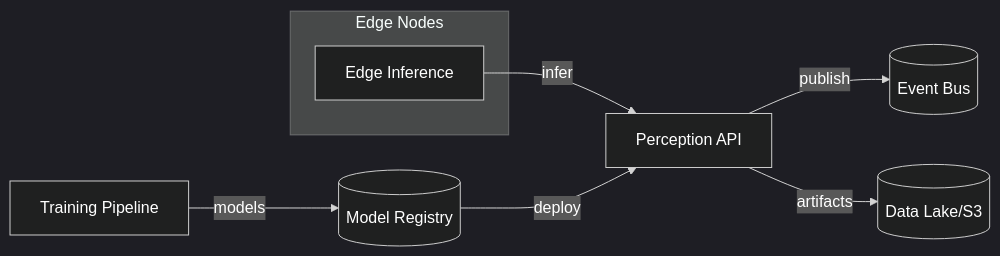
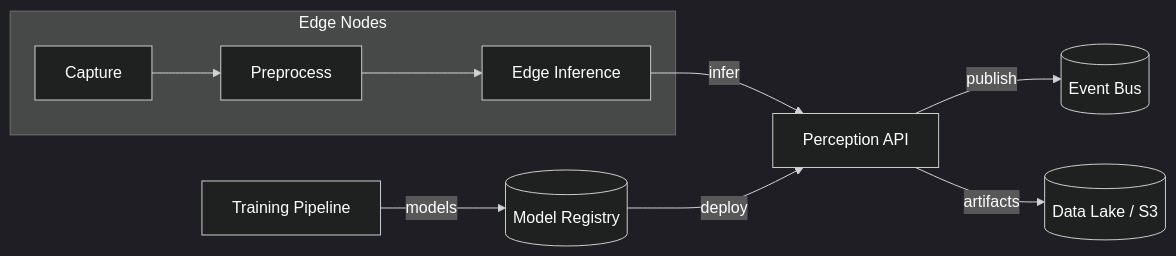
The second of 5 diagrams in architecture/global_architecture_overview.md (aurelius-in/RoboCaps), drawn with Mermaid before and after one commit. The commit also changed other lines of this file and 13 other files, not shown here.

Commit message:
arch: deepen global/system docs with detailed narratives and diagrams

````diff
--- a/architecture/global_architecture_overview.md
+++ b/architecture/global_architecture_overview.md
@@ -49,17 +32,20 @@
 ```mermaid
 %%{init: { 'theme': 'dark', 'themeVariables': { 'background':'#000', 'primaryTextColor':'#FFF', 'textColor':'#FFF', 'fontSize':'16px' }}}%%
 flowchart LR
     subgraph Edge[Edge Nodes]
       E1[Edge Inference]
+      Cap[Capture]
+      Pre[Preprocess]
+      Cap-->Pre-->E1
     end
     Ingress[Perception API]
     Bus[(Event Bus)]
-    Lake[(Data Lake/S3)]
+    Lake[(Data Lake / S3)]
     Train[Training Pipeline]
     Reg[(Model Registry)]
     E1 -- infer --> Ingress
     Ingress -- publish --> Bus
     Ingress -- artifacts --> Lake
     Train -- models --> Reg
     Reg -- deploy --> Ingress
 ```
````
